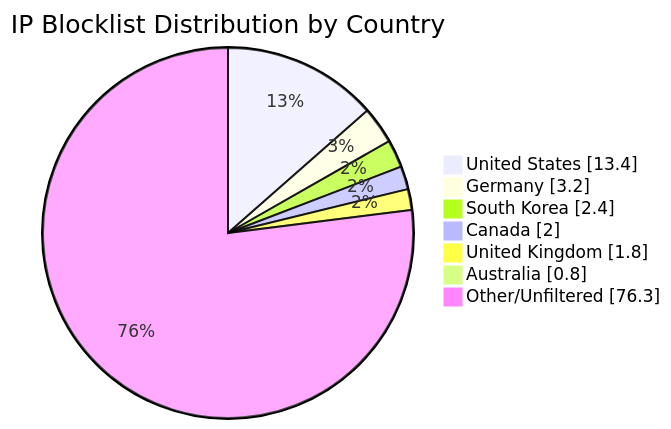
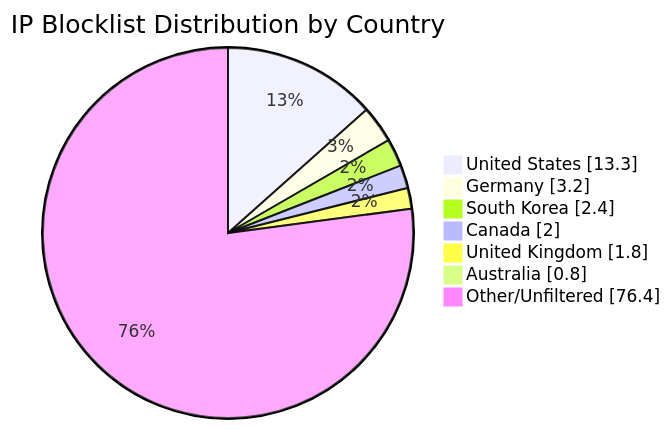
Before and after one commit to MarcusHoltz/ipblocklist-geofiltered-aggregator: the diagram in README.md, drawn with Mermaid. The commit also changed other lines of this file and 9 other files, not shown here.

````diff
--- a/README.md
+++ b/README.md
@@ -34,10 +34,10 @@
 ```mermaid
 pie showData title IP Blocklist Distribution by Country
-"United States" : 13.4
+"United States" : 13.3
 "Germany" : 3.2
 "South Korea" : 2.4
 "Canada" : 2.0
 "United Kingdom" : 1.8
 "Australia" : 0.8
-"Other/Unfiltered" : 76.3
+"Other/Unfiltered" : 76.4
 ```
````
